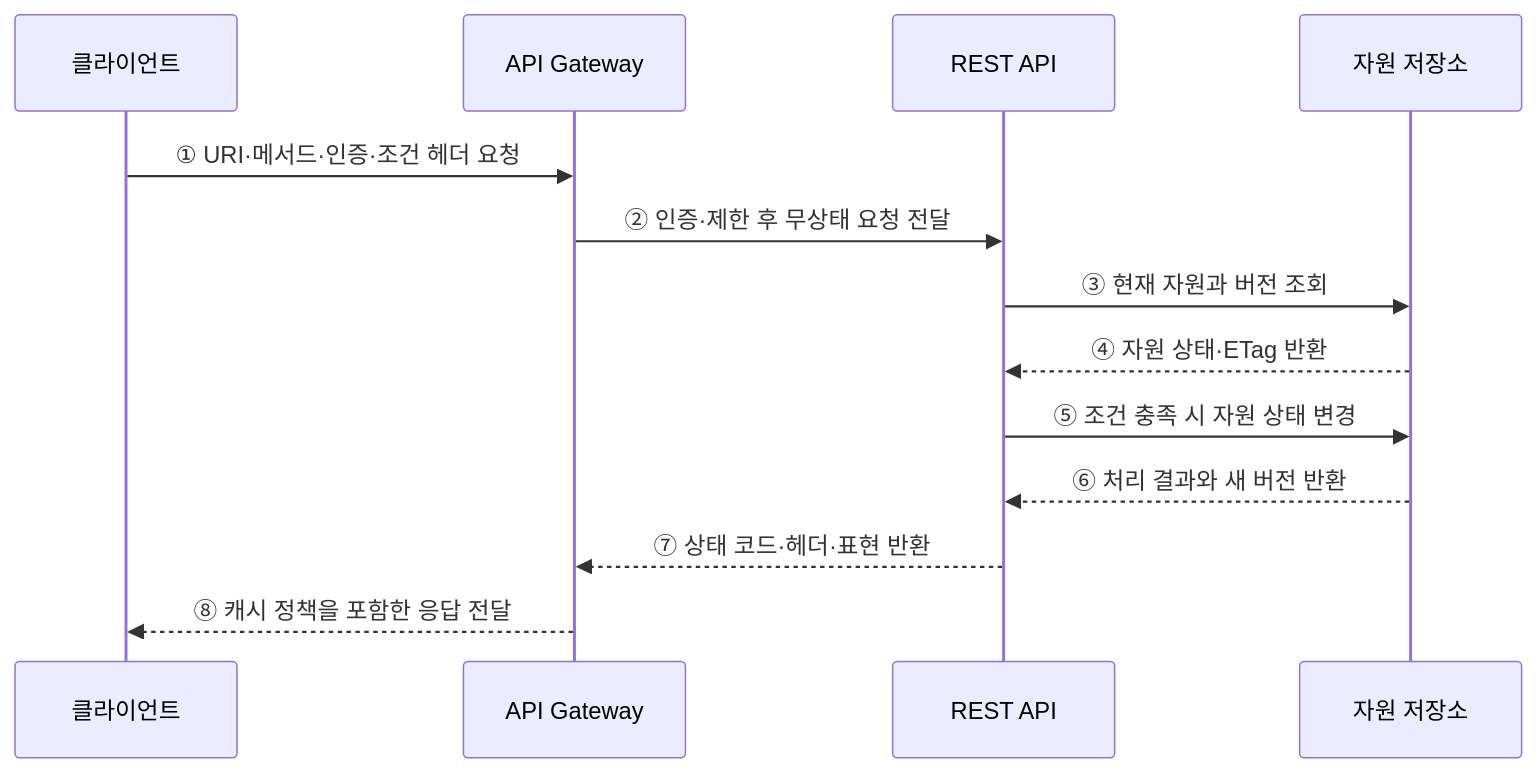
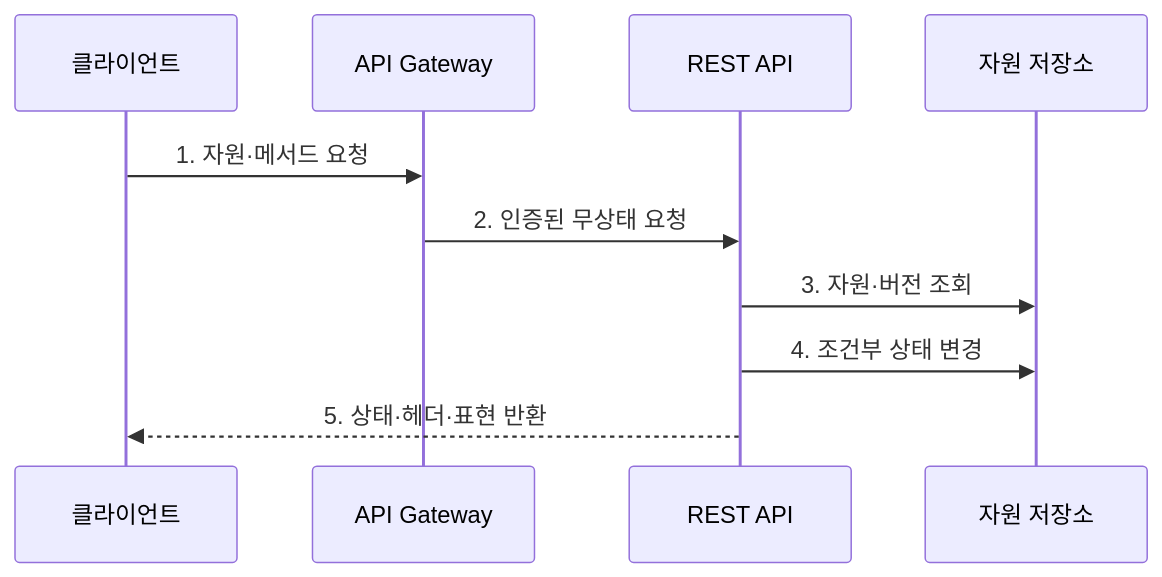
Before and after one commit to agnusdei1207/knowledge-base: the second of 2 diagrams in src/content/docs/notes/03-software/171_restful_api_design.md, drawn with Mermaid. The commit also changed other lines of this file and 20 other files, not shown here.

````diff
--- a/src/content/docs/notes/03-software/171_restful_api_design.md
+++ b/src/content/docs/notes/03-software/171_restful_api_design.md
@@ -73,15 +84,12 @@
 ```mermaid
 sequenceDiagram
     participant C as 클라이언트
     participant G as API Gateway
     participant A as REST API
     participant D as 자원 저장소
-    C->>G: ① URI·메서드·인증·조건 헤더 요청
-    G->>A: ② 인증·제한 후 무상태 요청 전달
-    A->>D: ③ 현재 자원과 버전 조회
-    D-->>A: ④ 자원 상태·ETag 반환
-    A->>D: ⑤ 조건 충족 시 자원 상태 변경
-    D-->>A: ⑥ 처리 결과와 새 버전 반환
-    A-->>G: ⑦ 상태 코드·헤더·표현 반환
-    G-->>C: ⑧ 캐시 정책을 포함한 응답 전달
+    C->>G: 1. 자원·메서드 요청
+    G->>A: 2. 인증된 무상태 요청
+    A->>D: 3. 자원·버전 조회
+    A->>D: 4. 조건부 상태 변경
+    A-->>C: 5. 상태·헤더·표현 반환
 ```
````
